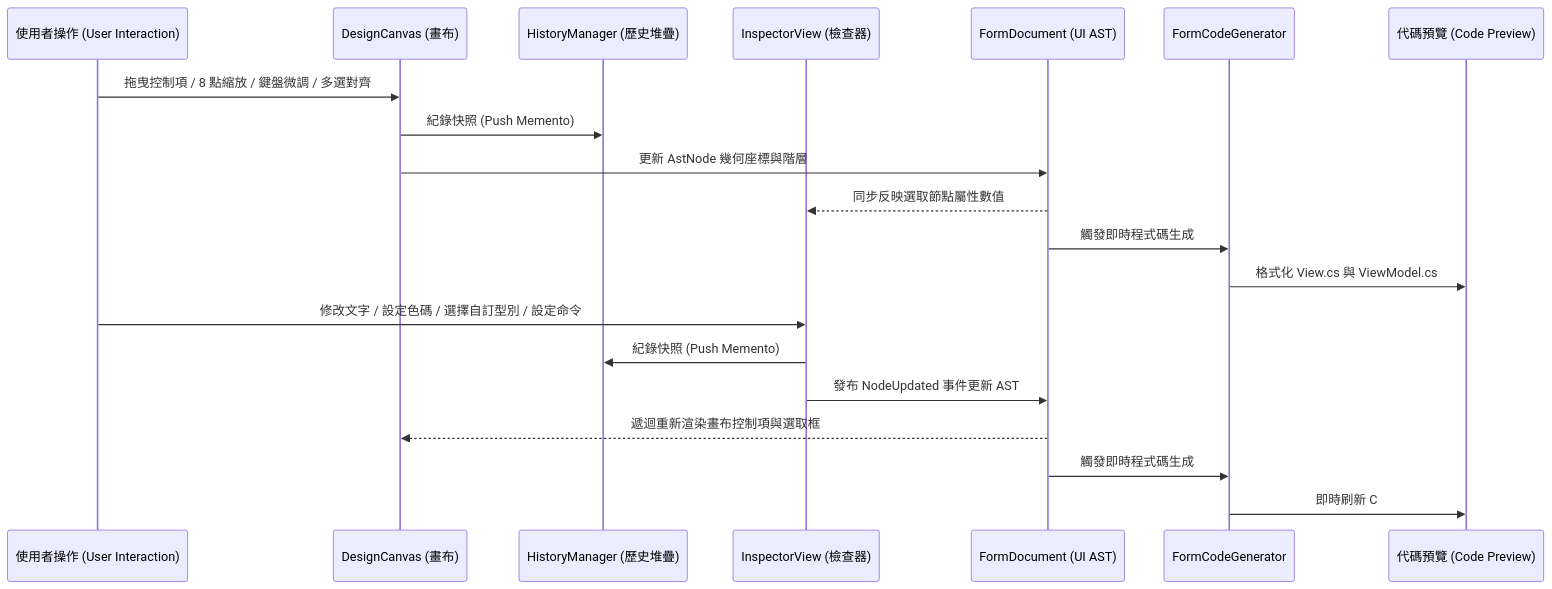
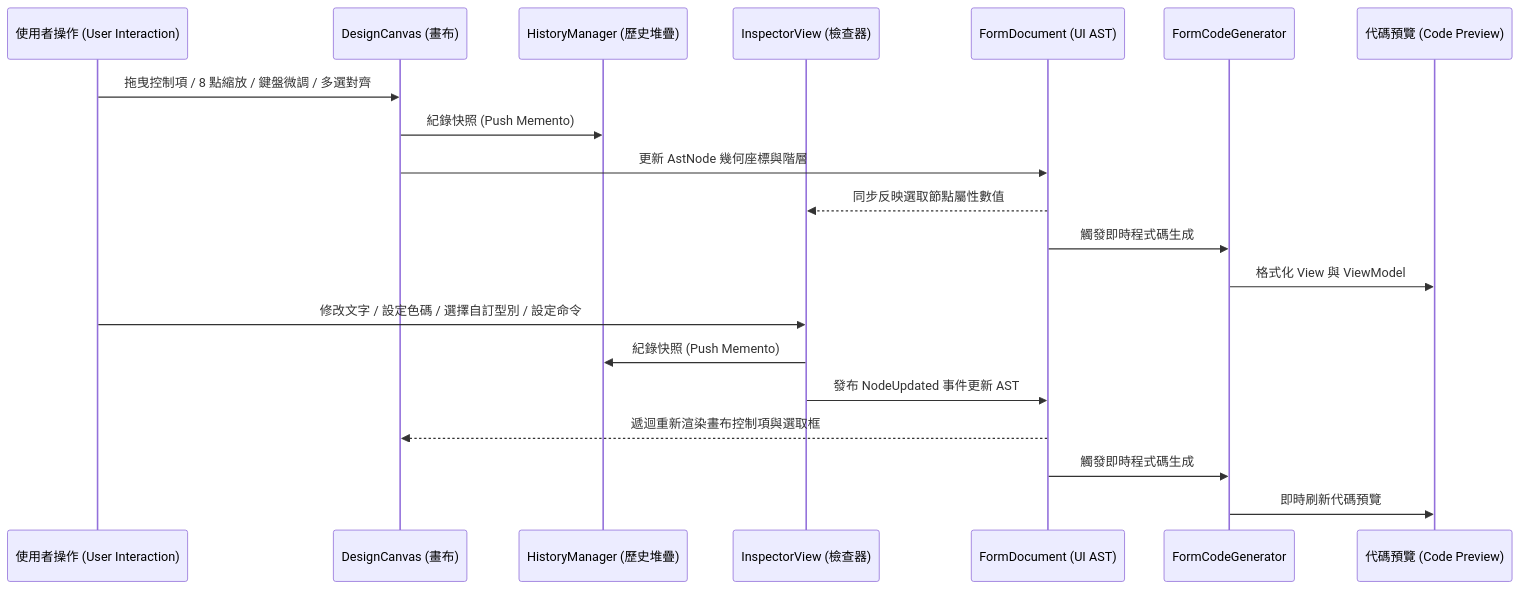
Before and after one commit to willy050209/Avalonia-Form-Generator: the third of 3 diagrams in docs/architecture.md, drawn with Mermaid. The commit also changed other lines of this file and 4 other files, not shown here.

Commit message:
docs: update architecture, ast schema, csharp markup spec, user guide, and readme for multi-language logic generation and cpp support

````diff
--- a/docs/architecture.md
+++ b/docs/architecture.md
@@ -134,24 +143,24 @@
 ```mermaid
 sequenceDiagram
     participant User as 使用者操作 (User Interaction)
     participant Canvas as DesignCanvas (畫布)
     participant History as HistoryManager (歷史堆疊)
     participant Inspector as InspectorView (檢查器)
     participant AST as FormDocument (UI AST)
     participant Generator as FormCodeGenerator
     participant Preview as 代碼預覽 (Code Preview)
 
     User->>Canvas: 拖曳控制項 / 8 點縮放 / 鍵盤微調 / 多選對齊
     Canvas->>History: 紀錄快照 (Push Memento)
     Canvas->>AST: 更新 AstNode 幾何座標與階層
     AST-->>Inspector: 同步反映選取節點屬性數值
     AST->>Generator: 觸發即時程式碼生成
-    Generator->>Preview: 格式化 View.cs 與 ViewModel.cs
+    Generator->>Preview: 格式化 View 與 ViewModel
 
     User->>Inspector: 修改文字 / 設定色碼 / 選擇自訂型別 / 設定命令
     Inspector->>History: 紀錄快照 (Push Memento)
     Inspector->>AST: 發布 NodeUpdated 事件更新 AST
     AST-->>Canvas: 遞迴重新渲染畫布控制項與選取框
     AST->>Generator: 觸發即時程式碼生成
-    Generator->>Preview: 即時刷新 C# 程式碼
+    Generator->>Preview: 即時刷新代碼預覽
 ```
````
